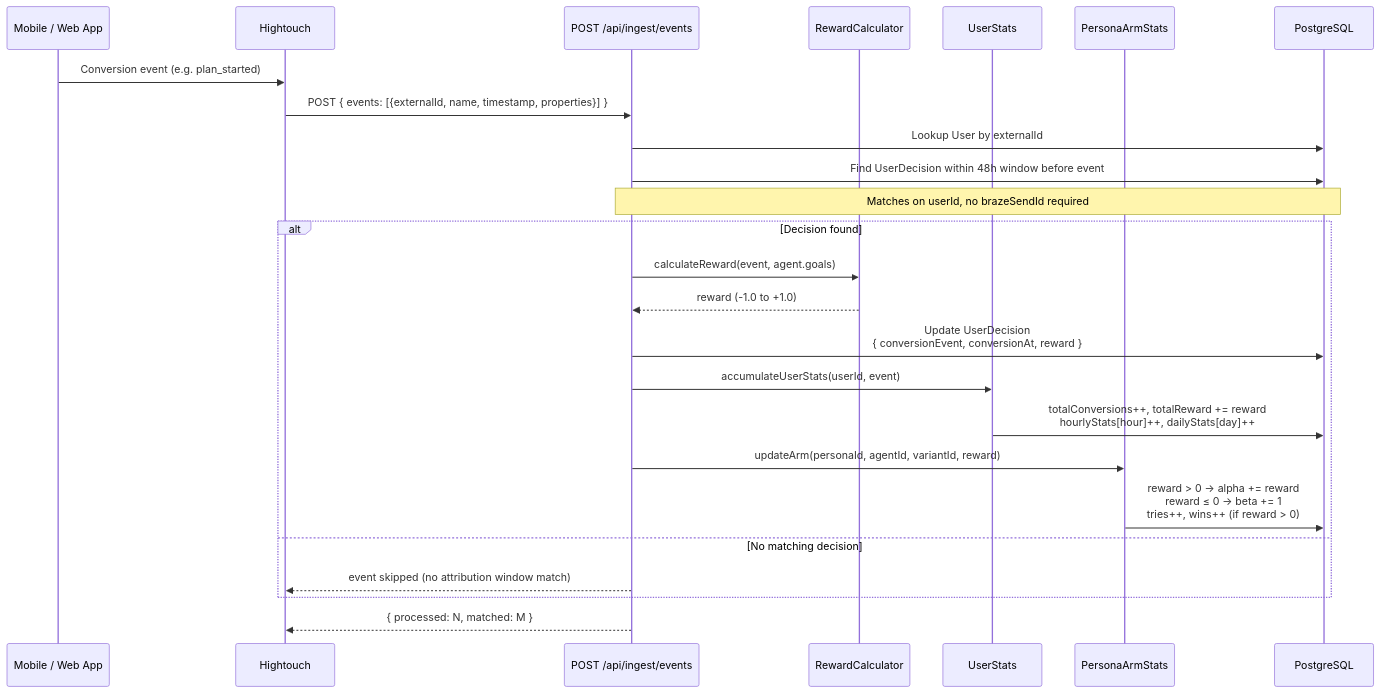
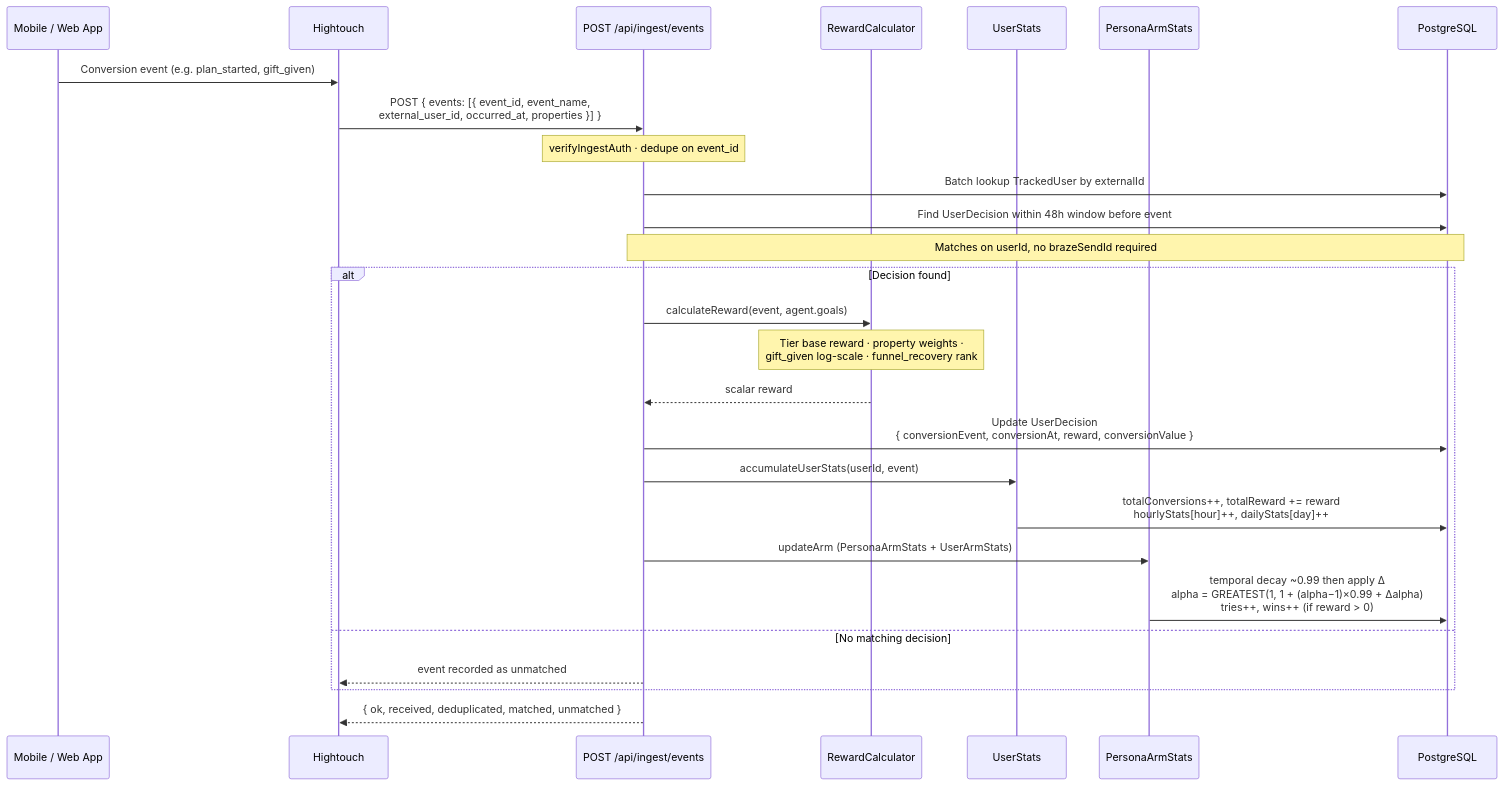
One commit to ender1311/nexusAi changed the second of 6 diagrams in docs/data-flows.md. Above: the diagram before and after it, drawn with Mermaid. The commit also changed other lines of this file and 17 other files, not shown here.

First line of the commit message:
docs: refresh architecture docs to match current app

````diff
--- a/docs/data-flows.md
+++ b/docs/data-flows.md
@@ -27,33 +33,35 @@
 ```mermaid
 sequenceDiagram
     participant APP as Mobile / Web App
     participant HT as Hightouch
     participant API as POST /api/ingest/events
     participant RC as RewardCalculator
     participant US as UserStats
     participant ARM as PersonaArmStats
     participant DB as PostgreSQL
 
-    APP->>HT: Conversion event (e.g. plan_started)
-    HT->>API: POST { events: [{externalId, name, timestamp, properties}] }
+    APP->>HT: Conversion event (e.g. plan_started, gift_given)
+    HT->>API: POST { events: [{ event_id, event_name,<br/>external_user_id, occurred_at, properties }] }
+    Note over API: verifyIngestAuth · dedupe on event_id
 
-    API->>DB: Lookup User by externalId
+    API->>DB: Batch lookup TrackedUser by externalId
     API->>DB: Find UserDecision within 48h window before event
     Note over API,DB: Matches on userId, no brazeSendId required
 
     alt Decision found
         API->>RC: calculateReward(event, agent.goals)
-        RC-->>API: reward (-1.0 to +1.0)
+        Note over RC: Tier base reward · property weights ·<br/>gift_given log-scale · funnel_recovery rank
+        RC-->>API: scalar reward
 
-        API->>DB: Update UserDecision<br/>{ conversionEvent, conversionAt, reward }
+        API->>DB: Update UserDecision<br/>{ conversionEvent, conversionAt, reward, conversionValue }
         API->>US: accumulateUserStats(userId, event)
         US->>DB: totalConversions++, totalReward += reward<br/>hourlyStats[hour]++, dailyStats[day]++
 
-        API->>ARM: updateArm(personaId, agentId, variantId, reward)
-        ARM->>DB: reward > 0 → alpha += reward<br/>reward ≤ 0 → beta += 1<br/>tries++, wins++ (if reward > 0)
+        API->>ARM: updateArm (PersonaArmStats + UserArmStats)
+        ARM->>DB: temporal decay ~0.99 then apply Δ<br/>alpha = GREATEST(1, 1 + (alpha−1)×0.99 + Δalpha)<br/>tries++, wins++ (if reward > 0)
     else No matching decision
-        API-->>HT: event skipped (no attribution window match)
+        API-->>HT: event recorded as unmatched
     end
 
-    API-->>HT: { processed: N, matched: M }
+    API-->>HT: { ok, received, deduplicated, matched, unmatched }
 ```
````
